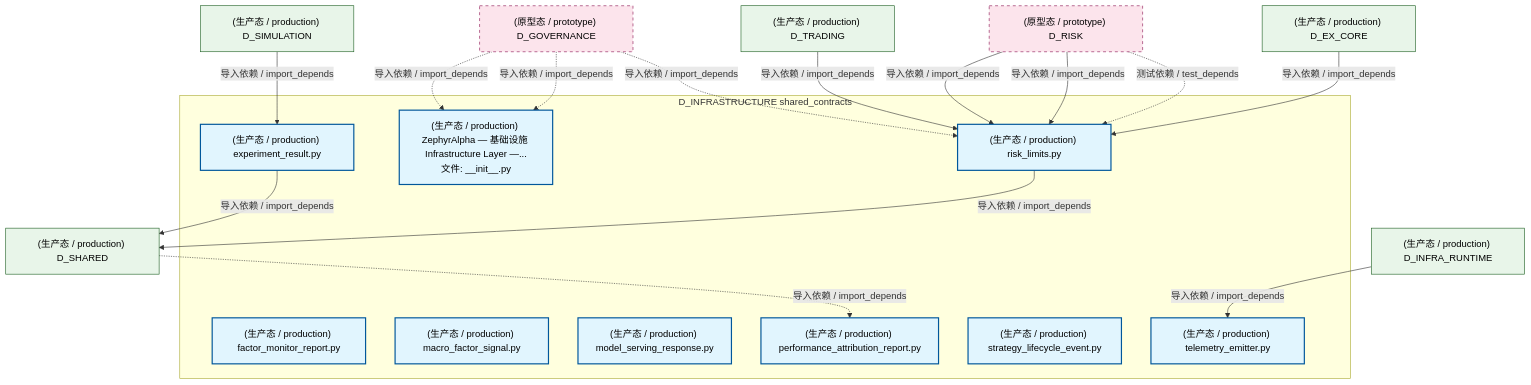
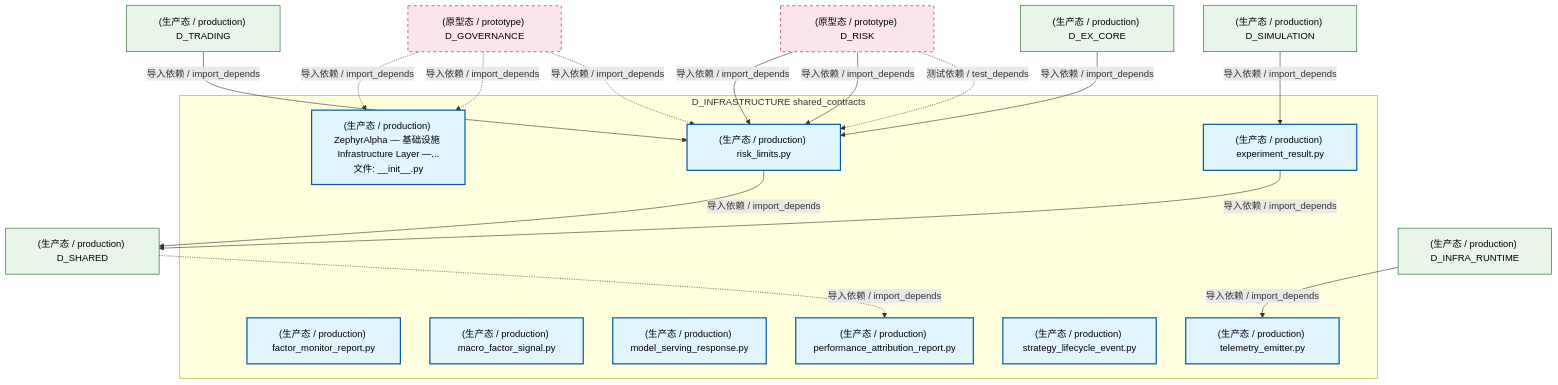
Before and after one commit to xuanFelixVan/ZephyrAlpha: the fourth of 6 diagrams in docs/02_enterprise_architecture/02_domain_architecture_docs/62_d_infrastructure.md, drawn with Mermaid. The commit also changed other lines of this file and 126 other files, not shown here.

````diff
--- a/docs/02_enterprise_architecture/02_domain_architecture_docs/62_d_infrastructure.md
+++ b/docs/02_enterprise_architecture/02_domain_architecture_docs/62_d_infrastructure.md
@@ -320,41 +320,41 @@
 ```mermaid
 graph TD
     subgraph D_INFRASTRUCTURE["D_INFRASTRUCTURE shared_contracts"]
         src_zephyr_infrastructure_config_init_py["(生产态 / production) ZephyrAlpha — 基础设施 Infrastructure Layer —...<br/>文件: __init__.py"]
         src_zephyr_shared_contracts_experiment_result_py["(生产态 / production) experiment_result.py"]
         src_zephyr_shared_contracts_factor_monitor_report_py["(生产态 / production) factor_monitor_report.py"]
         src_zephyr_shared_contracts_macro_factor_signal_py["(生产态 / production) macro_factor_signal.py"]
         src_zephyr_shared_contracts_model_serving_response_py["(生产态 / production) model_serving_response.py"]
         src_zephyr_shared_contracts_performance_attribution_report_py["(生产态 / production) performance_attribution_report.py"]
         src_zephyr_shared_contracts_risk_limits_py["(生产态 / production) risk_limits.py"]
         src_zephyr_shared_contracts_strategy_lifecycle_event_py["(生产态 / production) strategy_lifecycle_event.py"]
         src_zephyr_shared_contracts_telemetry_emitter_py["(生产态 / production) telemetry_emitter.py"]
     end
     D_SHARED["(生产态 / production) D_SHARED"]
+    src_zephyr_shared_contracts_experiment_result_py -->|导入依赖 / import_depends| D_SHARED
     src_zephyr_shared_contracts_risk_limits_py -->|导入依赖 / import_depends| D_SHARED
-    src_zephyr_shared_contracts_experiment_result_py -->|导入依赖 / import_depends| D_SHARED
     D_RISK["(原型态 / prototype) D_RISK"]
     D_RISK -.->|测试依赖 / test_depends| src_zephyr_shared_contracts_risk_limits_py
     D_EX_CORE["(生产态 / production) D_EX_CORE"]
     D_EX_CORE -->|导入依赖 / import_depends| src_zephyr_shared_contracts_risk_limits_py
     D_SHARED -.->|导入依赖 / import_depends| src_zephyr_shared_contracts_performance_attribution_report_py
     D_GOVERNANCE["(原型态 / prototype) D_GOVERNANCE"]
     D_GOVERNANCE -.->|导入依赖 / import_depends| src_zephyr_shared_contracts_risk_limits_py
     D_RISK -->|导入依赖 / import_depends| src_zephyr_shared_contracts_risk_limits_py
     D_RISK -->|导入依赖 / import_depends| src_zephyr_shared_contracts_risk_limits_py
     D_INFRA_RUNTIME["(生产态 / production) D_INFRA_RUNTIME"]
     D_INFRA_RUNTIME -->|导入依赖 / import_depends| src_zephyr_shared_contracts_telemetry_emitter_py
     D_GOVERNANCE -.->|导入依赖 / import_depends| src_zephyr_infrastructure_config_init_py
     D_GOVERNANCE -.->|导入依赖 / import_depends| src_zephyr_infrastructure_config_init_py
     D_SIMULATION["(生产态 / production) D_SIMULATION"]
     D_SIMULATION -->|导入依赖 / import_depends| src_zephyr_shared_contracts_experiment_result_py
     D_TRADING["(生产态 / production) D_TRADING"]
     D_TRADING -->|导入依赖 / import_depends| src_zephyr_shared_contracts_risk_limits_py
     classDef production fill:#e1f5fe,stroke:#01579b,stroke-width:2px,color:#000
     classDef design fill:#fff3e0,stroke:#e65100,stroke-width:2px,color:#000,stroke-dasharray: 5 5
     classDef external_prod fill:#e8f5e9,stroke:#1b5e20,stroke-width:1px,color:#000
     classDef external_design fill:#fce4ec,stroke:#880e4f,stroke-width:1px,color:#000,stroke-dasharray: 5 5
     class src_zephyr_infrastructure_config_init_py,src_zephyr_shared_contracts_experiment_result_py,src_zephyr_shared_contracts_factor_monitor_report_py,src_zephyr_shared_contracts_macro_factor_signal_py,src_zephyr_shared_contracts_model_serving_response_py,src_zephyr_shared_contracts_performance_attribution_report_py,src_zephyr_shared_contracts_risk_limits_py,src_zephyr_shared_contracts_strategy_lifecycle_event_py,src_zephyr_shared_contracts_telemetry_emitter_py production
     class D_SHARED,D_EX_CORE,D_INFRA_RUNTIME,D_SIMULATION,D_TRADING external_prod
     class D_RISK,D_GOVERNANCE external_design
 ```
````
